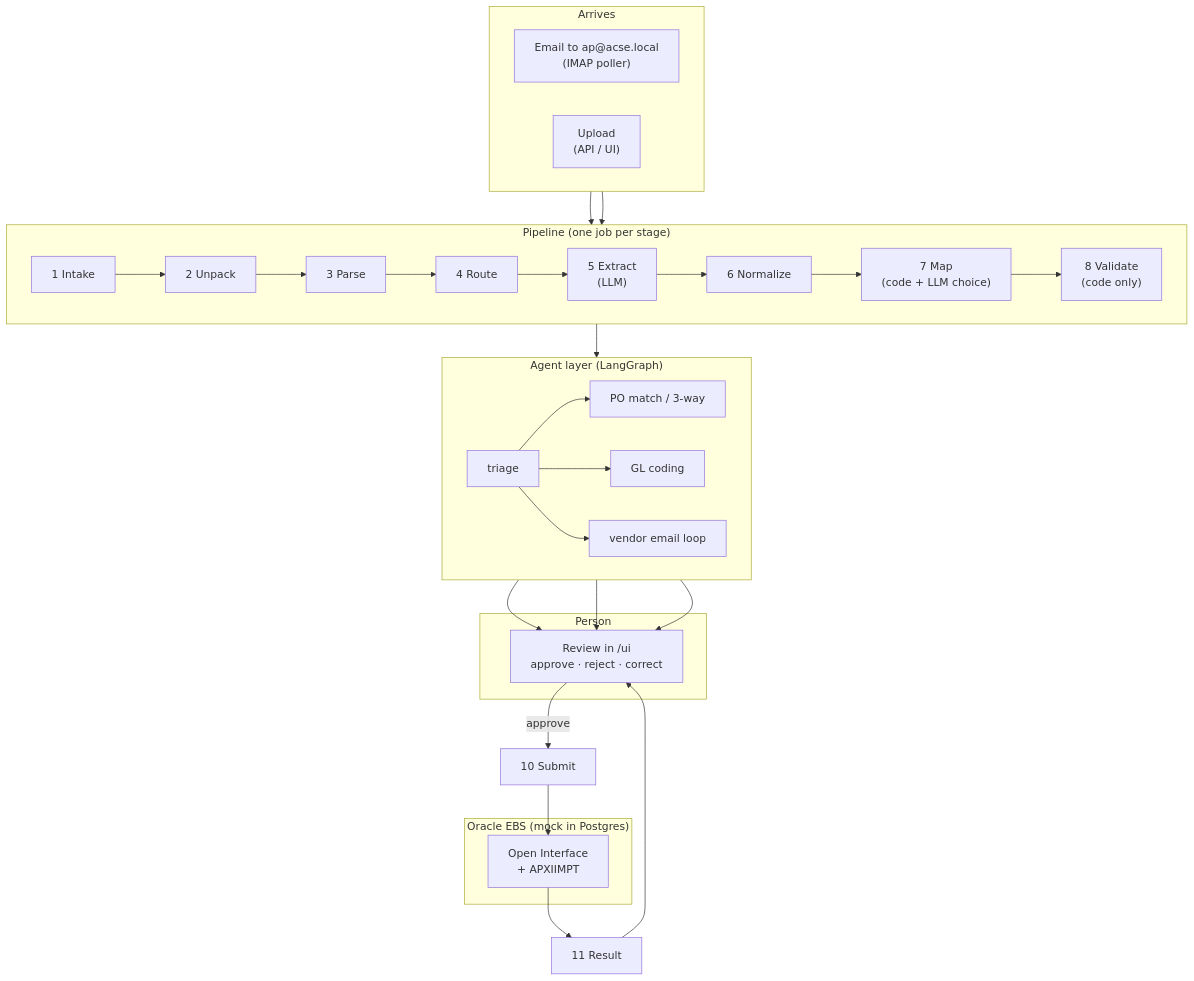
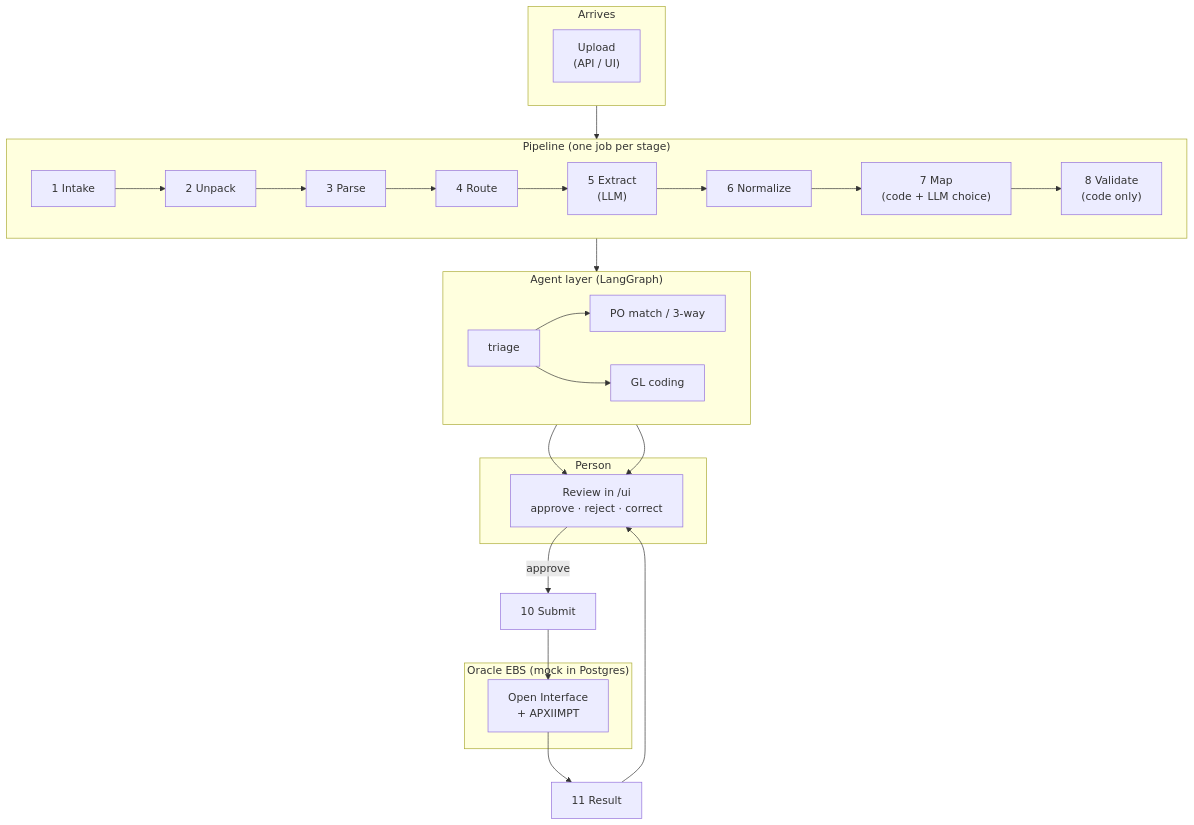
One commit to Ajinkya2101/AAP changed the first of 18 diagrams in docs/HOW-IT-WORKS.md. Above: the diagram before and after it, drawn with Mermaid. The commit also changed other lines of this file and 2 other files, not shown here.

````diff
--- a/docs/HOW-IT-WORKS.md
+++ b/docs/HOW-IT-WORKS.md
@@ -42,32 +42,28 @@
 ```mermaid
 flowchart TB
     subgraph In["Arrives"]
         direction LR
-        mail["Email to ap@acse.local<br/>(IMAP poller)"]
         up["Upload<br/>(API / UI)"]
     end
     subgraph Pipe["Pipeline (one job per stage)"]
         direction LR
         s1["1 Intake"] --> s2["2 Unpack"] --> s3["3 Parse"] --> s4["4 Route"]
         s4 --> s5["5 Extract<br/>(LLM)"] --> s6["6 Normalize"] --> s7["7 Map<br/>(code + LLM choice)"] --> s8["8 Validate<br/>(code only)"]
     end
     subgraph Agents["Agent layer (LangGraph)"]
         direction LR
         tri["triage"] --> po["PO match / 3-way"]
         tri --> gl["GL coding"]
-        tri --> exc["vendor email loop"]
     end
     subgraph Human["Person"]
         rev["Review in /ui<br/>approve · reject · correct"]
     end
     subgraph ERP["Oracle EBS (mock in Postgres)"]
         oi["Open Interface<br/>+ APXIIMPT"]
     end
-    mail --> s1
     up --> s1
     s8 --> tri
     po --> rev
     gl --> rev
-    exc --> rev
     rev -- approve --> sub["10 Submit"] --> oi --> res["11 Result"] --> rev
 ```
````
